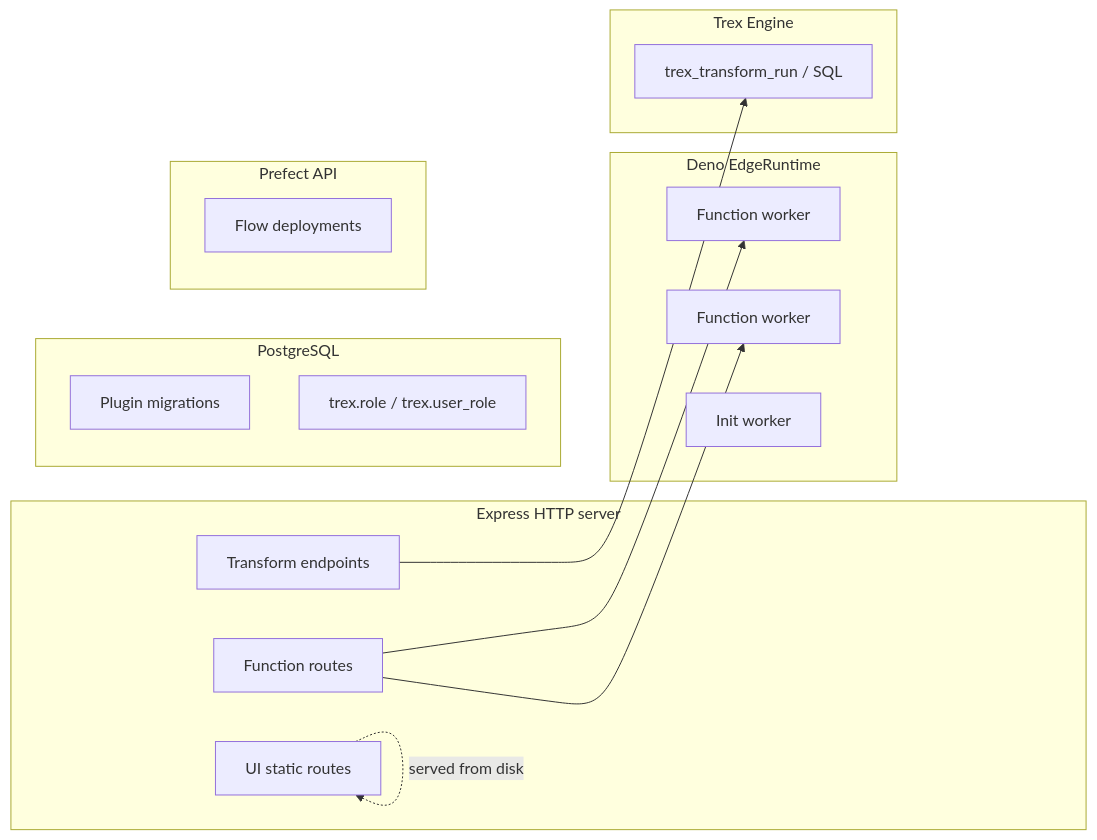
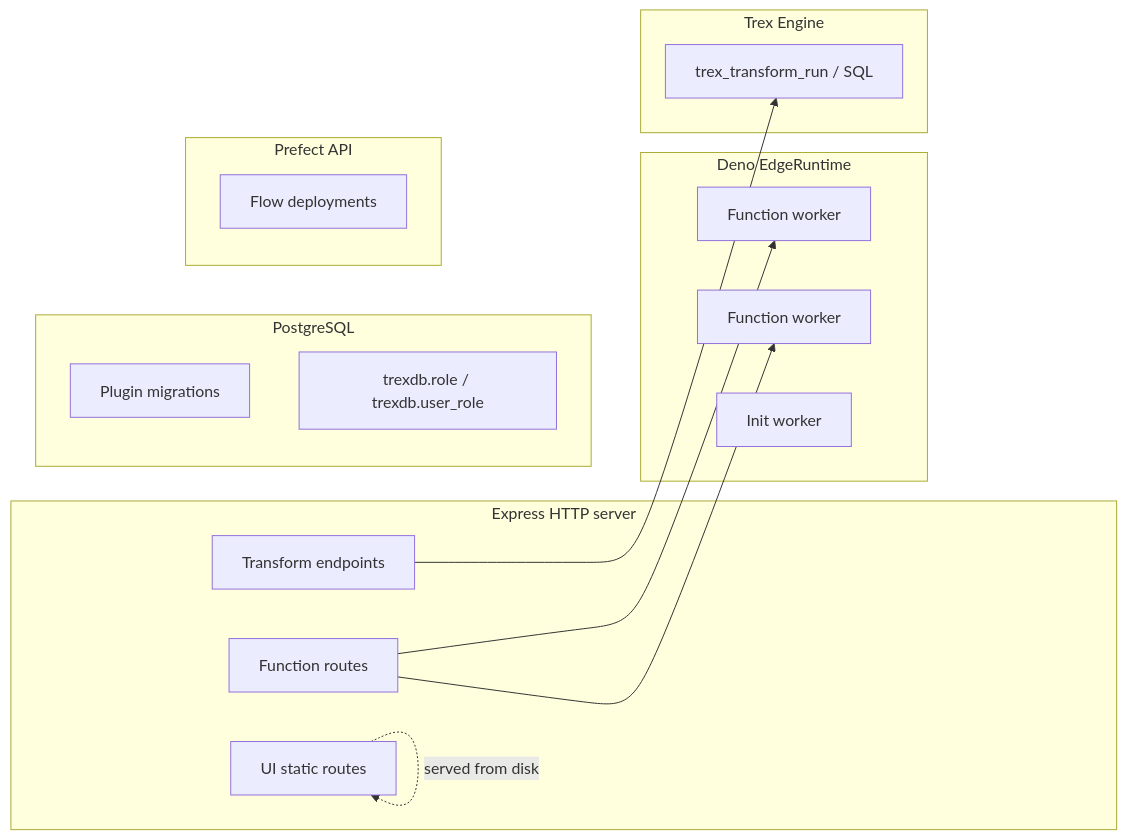
One commit to OHDSI/trex changed the second of 2 diagrams in plugins/docs/docs/concepts/plugin-system.md. Above: the diagram before and after it, drawn with Mermaid. The commit also changed other lines of this file and 41 other files, not shown here.

````diff
--- a/plugins/docs/docs/concepts/plugin-system.md
+++ b/plugins/docs/docs/concepts/plugin-system.md
@@ -99,32 +106,32 @@
 ```mermaid
 flowchart LR
     subgraph Express["Express HTTP server"]
         FunctionRoutes["Function routes"]
         UIStatic["UI static routes"]
         TransformEP["Transform endpoints"]
     end
 
     subgraph DenoRuntime["Deno EdgeRuntime"]
         FnWorker1["Function worker"]
         FnWorker2["Function worker"]
         InitWorker["Init worker"]
     end
 
     subgraph TrexEngine["Trex Engine"]
         TrexQuery["trex_transform_run / SQL"]
     end
 
     subgraph PG["PostgreSQL"]
         Migrations["Plugin migrations"]
-        Roles["trex.role / trex.user_role"]
+        Roles["trexdb.role / trexdb.user_role"]
     end
 
     subgraph Prefect["Prefect API"]
         FlowDeploy["Flow deployments"]
     end
 
     FunctionRoutes --> FnWorker1
     FunctionRoutes --> FnWorker2
     TransformEP --> TrexQuery
     UIStatic -.->|served from disk| UIStatic
 ```
````
